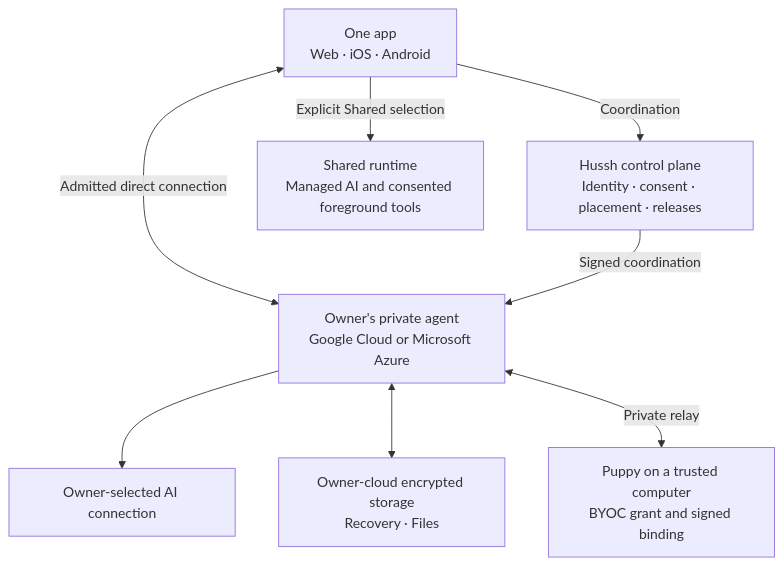
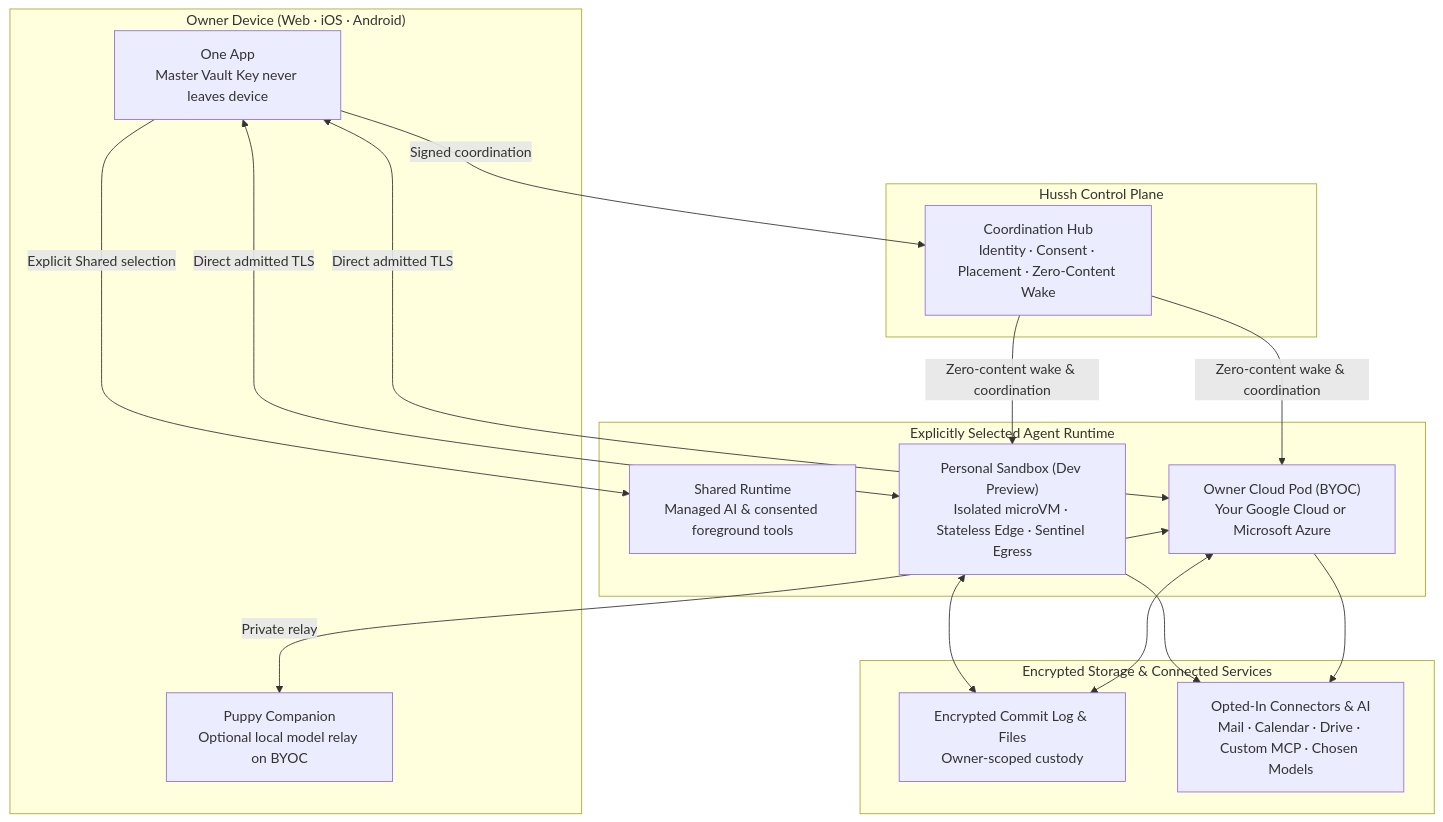
One commit to hushh-labs/hushh-research changed the diagram in README.md. Above: the diagram before and after it, drawn with Mermaid. The commit also changed other lines of this file and 12 other files, not shown here.

````diff
--- a/README.md
+++ b/README.md
@@ -39,20 +30,37 @@
 ```mermaid
 flowchart TB
-  accTitle: One platform and owner-cloud boundaries
-  accDescr: The app uses the hub for coordination and admitted direct routes for a private agent. Shared is a separate selected runtime.
-  app["One app<br/>Web · iOS · Android"]
-  hub["Hussh control plane<br/>Identity · consent · placement · releases"]
-  shared["Shared runtime<br/>Managed AI and consented foreground tools"]
-  pod["Owner's private agent<br/>Google Cloud or Microsoft Azure"]
-  ai["Owner-selected AI connection"]
-  storage["Owner-cloud encrypted storage<br/>Recovery · Files"]
-  puppy["Puppy on a trusted computer<br/>BYOC grant and signed binding"]
+  accTitle: One platform trust boundaries and hosting modes
+  accDescr: The owner device holds the master vault key and connects directly to private runtimes while the control plane coordinates identity, consent, and placement.
 
-  app -->|Coordination| hub
+  subgraph OwnerDevice["Owner Device (Web · iOS · Android)"]
+    app["One App<br/>Master Vault Key never leaves device"]
+    puppy["Puppy Companion<br/>Optional local model relay on BYOC"]
+  end
+
+  subgraph ControlPlane["Hussh Control Plane"]
+    hub["Coordination Hub<br/>Identity · Consent · Placement · Zero-Content Wake"]
+  end
+
+  subgraph Runtimes["Explicitly Selected Agent Runtime"]
+    shared["Shared Runtime<br/>Managed AI & consented foreground tools"]
+    sandbox["Personal Sandbox (Dev Preview)<br/>Isolated microVM · Stateless Edge · Sentinel Egress"]
+    byoc["Owner Cloud Pod (BYOC)<br/>Your Google Cloud or Microsoft Azure"]
+  end
+
+  subgraph Custody["Encrypted Storage & Connected Services"]
+    storage["Encrypted Commit Log & Files<br/>Owner-scoped custody"]
+    connectors["Opted-In Connectors & AI<br/>Mail · Calendar · Drive · Custom MCP · Chosen Models"]
+  end
+
+  app -->|Signed coordination| hub
   app -->|Explicit Shared selection| shared
-  app <-->|Admitted direct connection| pod
-  hub -->|Signed coordination| pod
-  pod --> ai
-  pod <--> storage
-  pod <-->|Private relay| puppy
+  app <-->|Direct admitted TLS| sandbox
+  app <-->|Direct admitted TLS| byoc
+  hub -->|Zero-content wake & coordination| sandbox
+  hub -->|Zero-content wake & coordination| byoc
+  byoc <-->|Private relay| puppy
+  sandbox <--> storage
+  byoc <--> storage
+  sandbox --> connectors
+  byoc --> connectors
 ```
````
